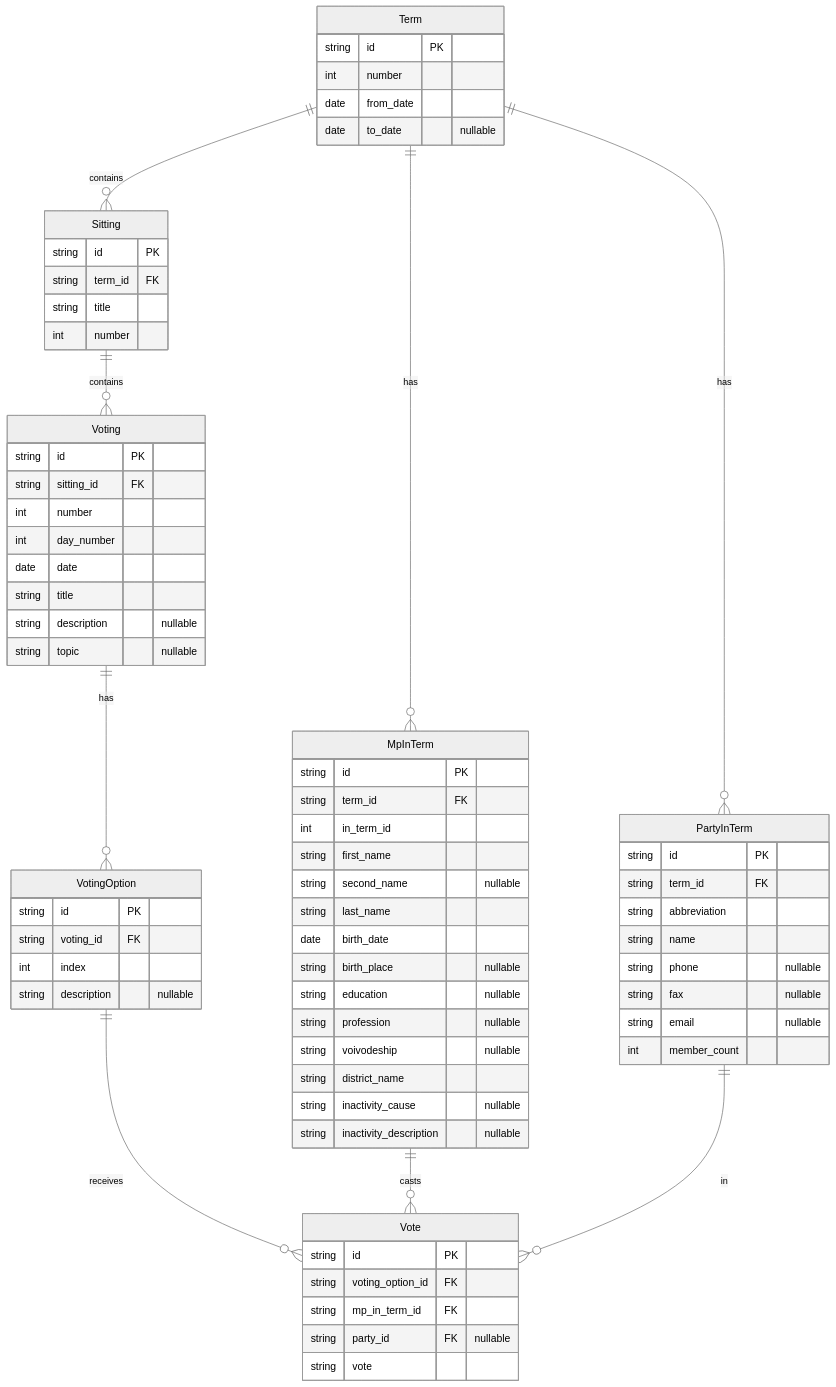
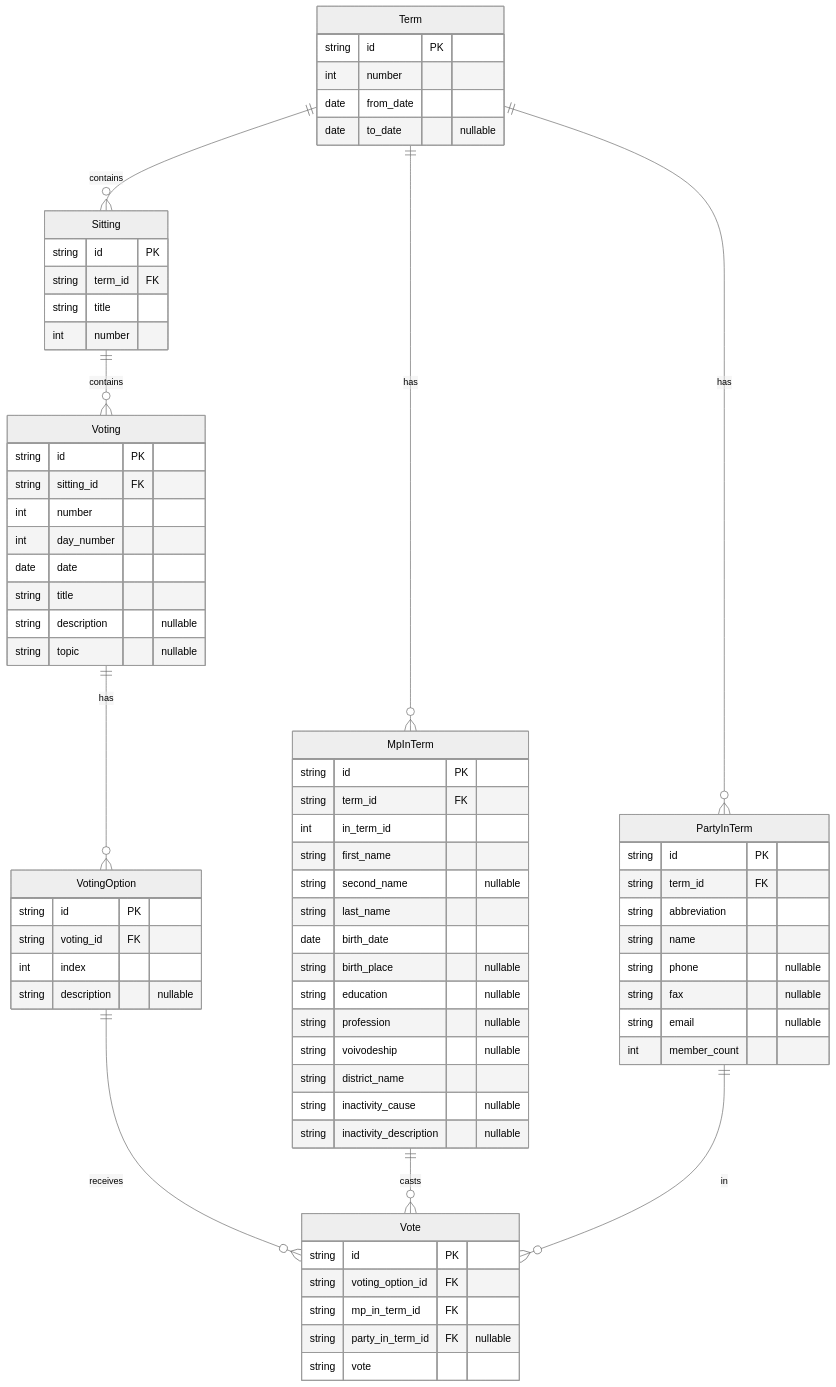
Before and after one commit to LuxF3rre/sejm_scraper: the diagram in README.md, drawn with Mermaid (neutral theme). The commit also changed 6 other files, not shown here.

````diff
--- a/README.md
+++ b/README.md
@@ -44,80 +44,80 @@
 ```mermaid
 erDiagram
     Term {
         string id PK
         int number
         date from_date
         date to_date "nullable"
     }
 
     Sitting {
         string id PK
         string term_id FK
         string title
         int number
     }
 
     Voting {
         string id PK
         string sitting_id FK
         int number
         int day_number
         date date
         string title
         string description "nullable"
         string topic "nullable"
     }
 
     VotingOption {
         string id PK
         string voting_id FK
         int index
         string description "nullable"
     }
 
     PartyInTerm {
         string id PK
         string term_id FK
         string abbreviation
         string name
         string phone "nullable"
         string fax "nullable"
         string email "nullable"
         int member_count
     }
 
     Vote {
         string id PK
         string voting_option_id FK
         string mp_in_term_id FK
-        string party_id FK "nullable"
+        string party_in_term_id FK "nullable"
         string vote
     }
 
     MpInTerm {
         string id PK
         string term_id FK
         int in_term_id
         string first_name
         string second_name "nullable"
         string last_name
         date birth_date
         string birth_place "nullable"
         string education "nullable"
         string profession "nullable"
         string voivodeship "nullable"
         string district_name
         string inactivity_cause "nullable"
         string inactivity_description "nullable"
     }
 
     %% Relationships
     Term ||--o{ Sitting : "contains"
     Term ||--o{ MpInTerm : "has"
     Term ||--o{ PartyInTerm : "has"
     Sitting ||--o{ Voting : "contains"
     Voting ||--o{ VotingOption : "has"
     VotingOption ||--o{ Vote : "receives"
     MpInTerm ||--o{ Vote : "casts"
     PartyInTerm ||--o{ Vote : "in"
 ```
````
